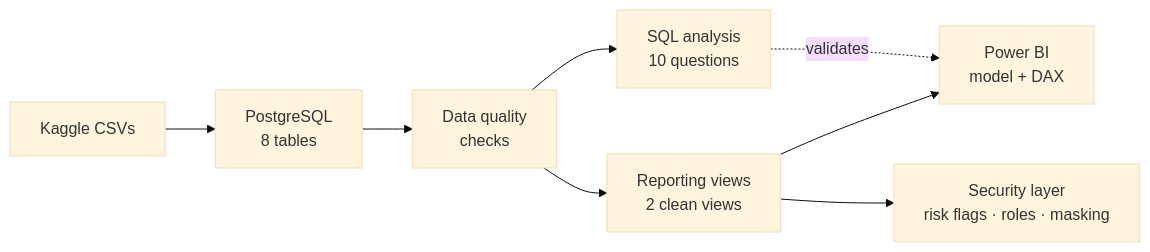
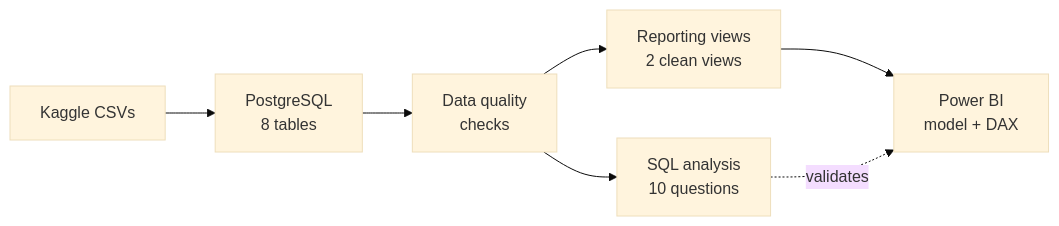
Before and after one commit to maruf54/E-Commerce-Analysis-Sales-Performance-Customer-Experience: the second of 2 diagrams in README.md, drawn with Mermaid (base theme). The commit also changed other lines of this file and 16 other files, not shown here.

````diff
--- a/README.md
+++ b/README.md
@@ -87,10 +82,9 @@
 ```mermaid
 flowchart LR
     A[Kaggle CSVs] --> B[PostgreSQL<br/>8 tables]
     B --> C[Data quality<br/>checks]
     C --> D[SQL analysis<br/>10 questions]
     C --> E[Reporting views<br/>2 clean views]
     E --> F[Power BI<br/>model + DAX]
     D -.validates.-> F
-    E --> G[Security layer<br/>risk flags · roles · masking]
 ```
````
